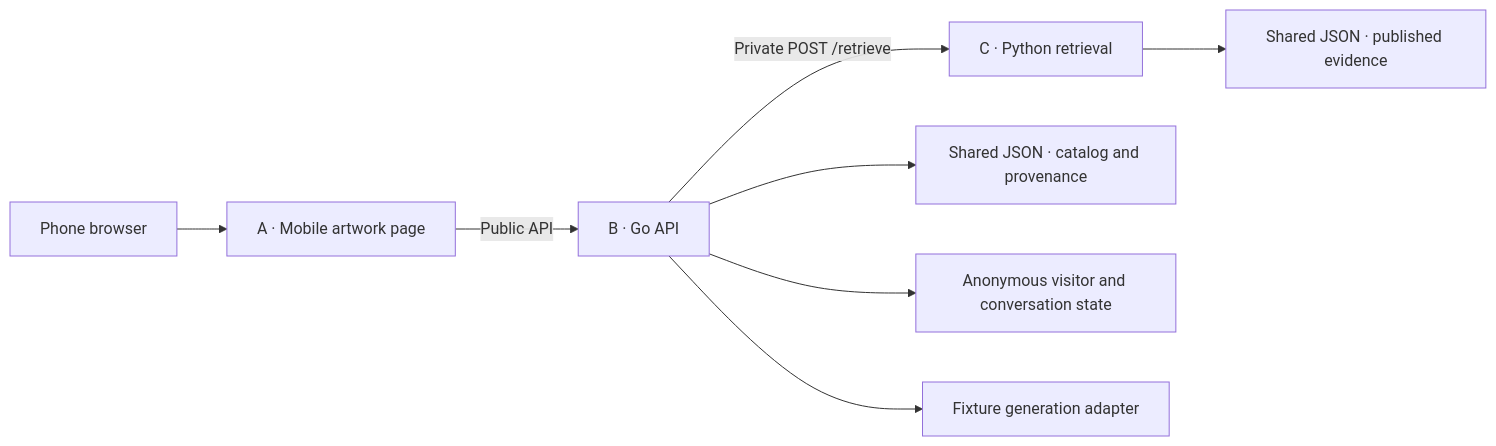
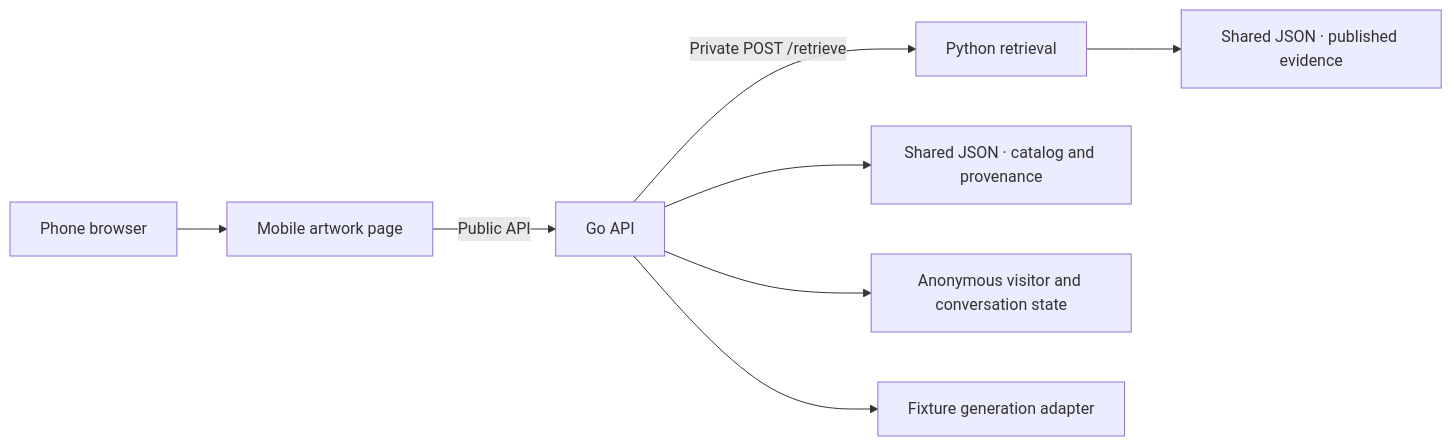
One commit to Jasonssssss9/musebridge changed the diagram in docs/design.md. Above: the diagram before and after it, drawn with Mermaid. The commit also changed other lines of this file and 8 other files, not shown here.

````diff
--- a/docs/design.md
+++ b/docs/design.md
@@ -34,10 +34,10 @@
 ```mermaid
 flowchart LR
-    Visitor[Phone browser] --> Frontend[A · Mobile artwork page]
-    Frontend -->|Public API| Backend[B · Go API]
-    Backend -->|Private POST /retrieve| Retrieval[C · Python retrieval]
+    Visitor[Phone browser] --> Frontend[Mobile artwork page]
+    Frontend -->|Public API| Backend[Go API]
+    Backend -->|Private POST /retrieve| Retrieval[Python retrieval]
     Backend --> Catalog[Shared JSON · catalog and provenance]
     Retrieval --> Corpus[Shared JSON · published evidence]
     Backend --> State[Anonymous visitor and conversation state]
     Backend --> Generator[Fixture generation adapter]
 ```
````
